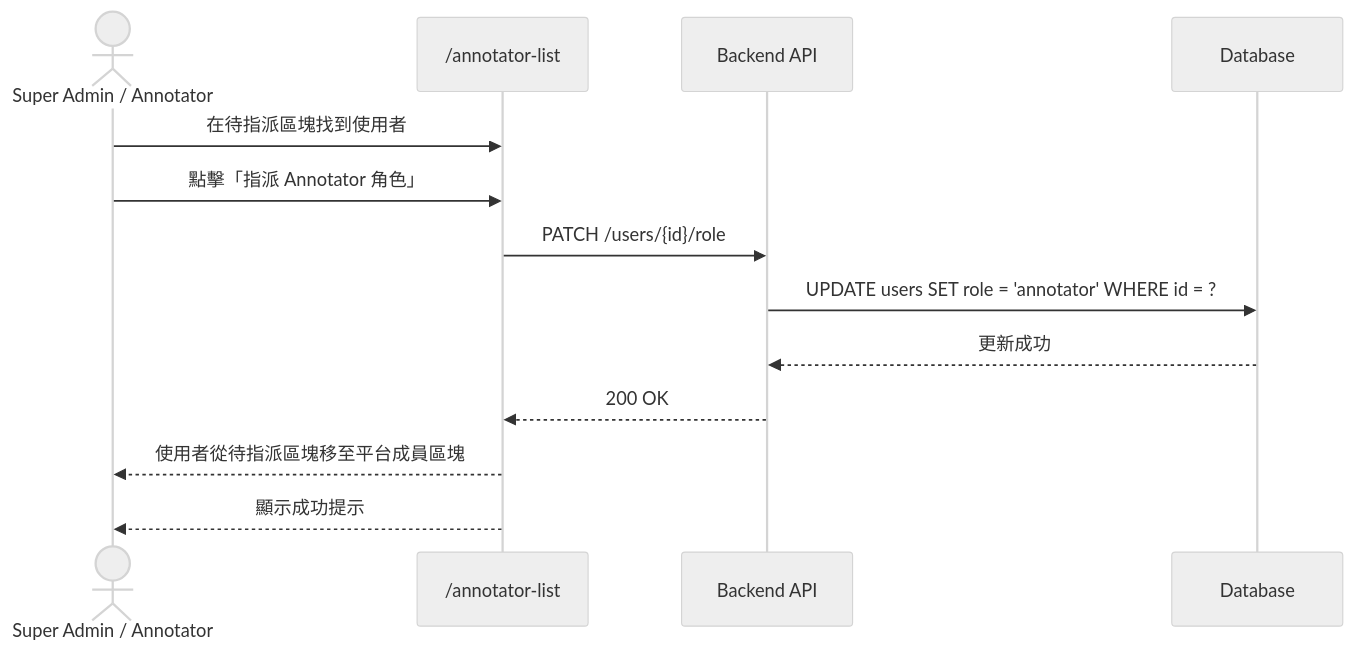
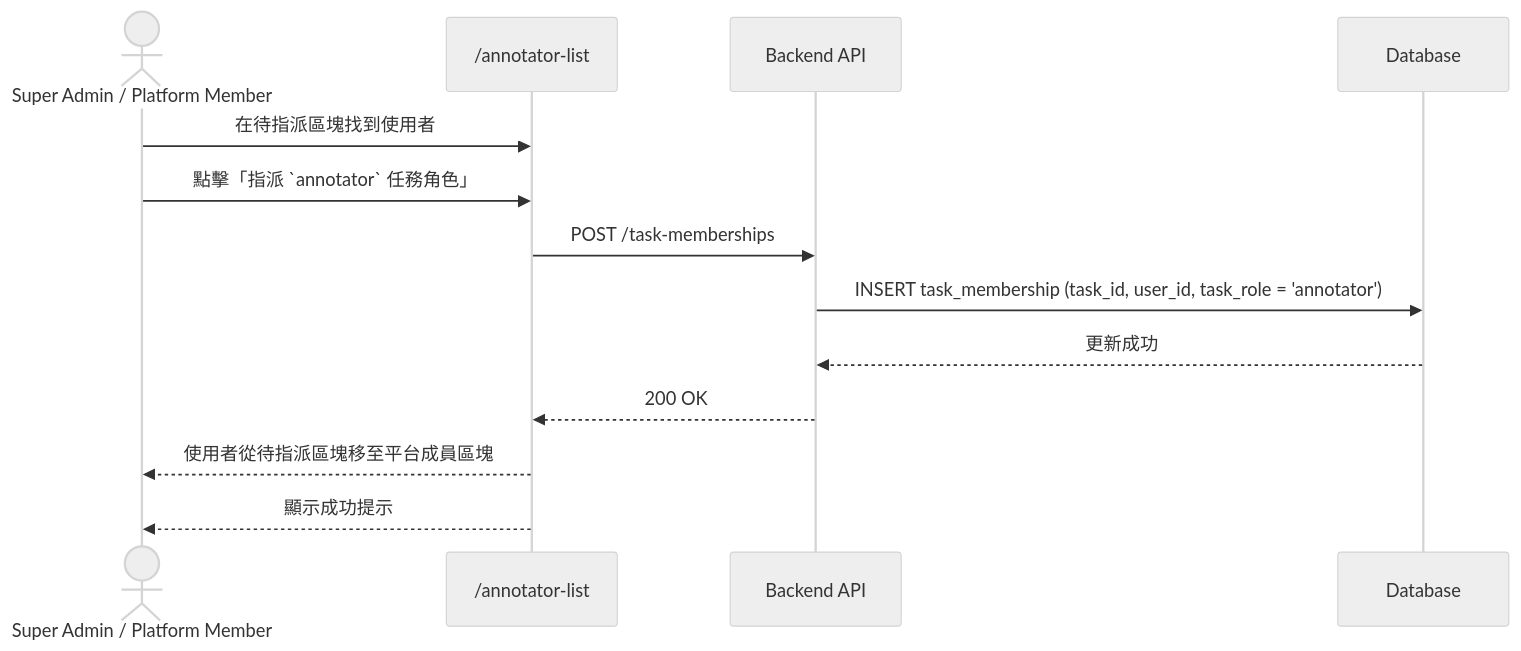
The first of 2 diagrams in specs/annotator-management/008-annotator-list/spec.md (singyichen/label-suite), drawn with Mermaid (neutral theme) before and after one commit. The commit also changed other lines of this file and 23 other files, not shown here.

````diff
--- a/specs/annotator-management/008-annotator-list/spec.md
+++ b/specs/annotator-management/008-annotator-list/spec.md
@@ -10,16 +10,16 @@
 ```mermaid
 sequenceDiagram
-    actor SA as Super Admin / Annotator
+    actor SA as Super Admin / Platform Member
     participant UI as /annotator-list
     participant API as Backend API
     participant DB as Database
 
     SA->>UI: 在待指派區塊找到使用者
-    SA->>UI: 點擊「指派 Annotator 角色」
-    UI->>API: PATCH /users/{id}/role
-    API->>DB: UPDATE users SET role = 'annotator' WHERE id = ?
+    SA->>UI: 點擊「指派 `annotator` 任務角色」
+    UI->>API: POST /task-memberships
+    API->>DB: INSERT task_membership (task_id, user_id, task_role = 'annotator')
     DB-->>API: 更新成功
     API-->>UI: 200 OK
     UI-->>SA: 使用者從待指派區塊移至平台成員區塊
     UI-->>SA: 顯示成功提示
 ```
````
